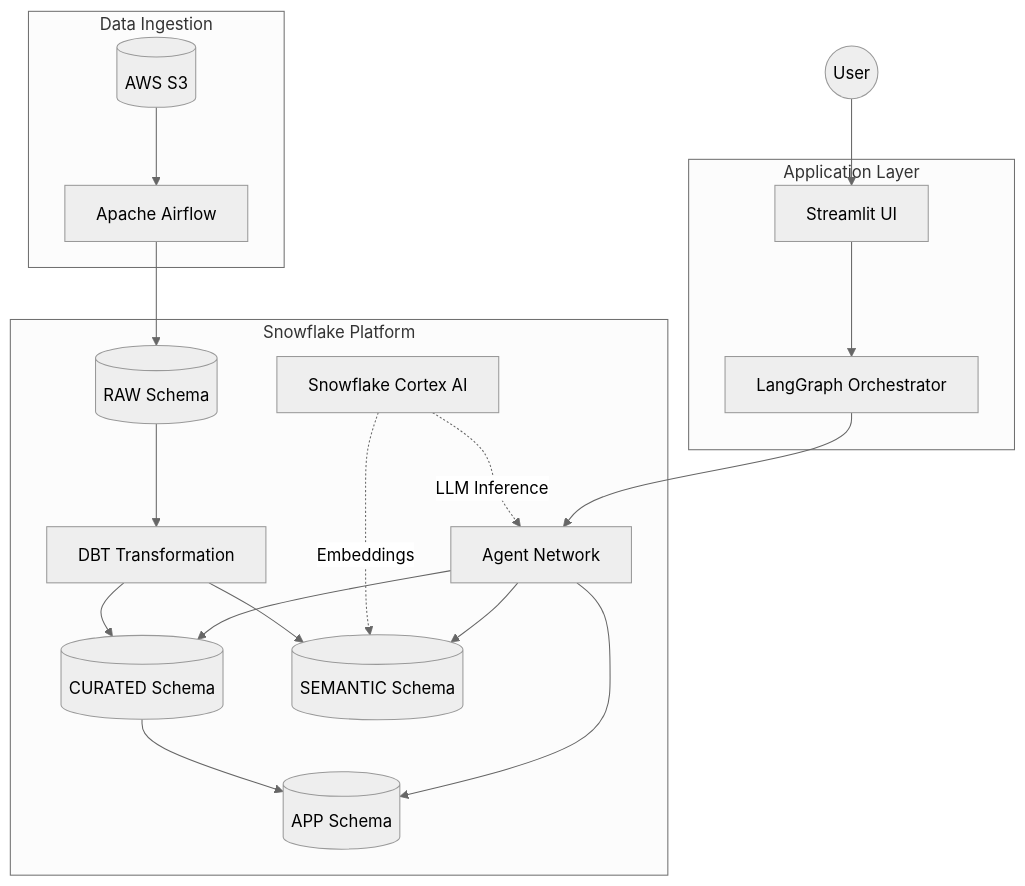
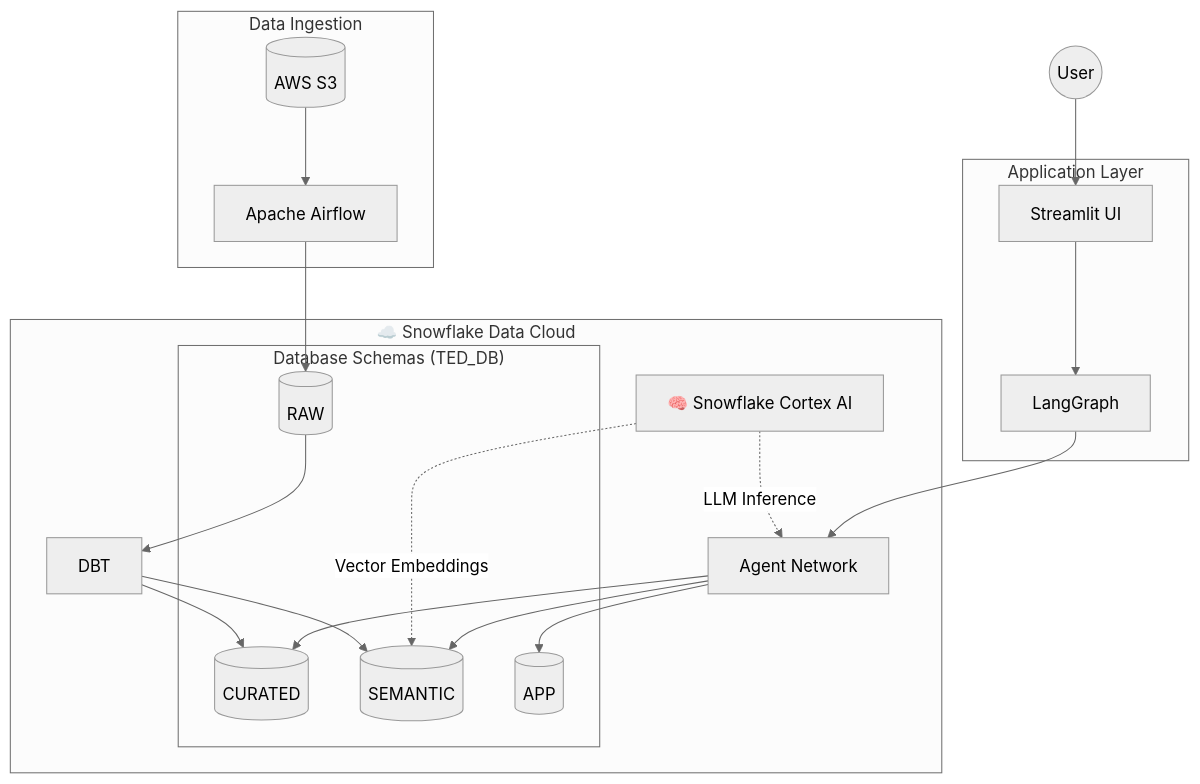
Before and after one commit to mihir-rahate/TED_Agent_AI: the first of 6 diagrams in README.md, drawn with Mermaid (neutral theme). The commit also changed other lines of this file, not shown here.

````diff
--- a/README.md
+++ b/README.md
@@ -63,28 +63,34 @@
 ```mermaid
 graph TD
     subgraph "Data Ingestion"
         S3[(AWS S3)] --> Airflow[Apache Airflow]
     end
     
-    subgraph "Snowflake Platform"
-        Airflow --> RAW[(RAW Schema)]
-        RAW --> DBT[DBT Transformation]
-        DBT --> CURATED[(CURATED Schema)]
-        DBT --> SEMANTIC[(SEMANTIC Schema)]
-        CURATED --> APP[(APP Schema)]
+    subgraph SNOWFLAKE["☁️ Snowflake Data Cloud"]
+        subgraph SCHEMAS["Database Schemas (TED_DB)"]
+            RAW[(RAW)]
+            CURATED[(CURATED)]
+            SEMANTIC[(SEMANTIC)]
+            APP[(APP)]
+        end
         
-        CORTEX[Snowflake Cortex AI]
-        CORTEX -.->|Embeddings| SEMANTIC
+        CORTEX[🧠 Snowflake Cortex AI]
+        
+        Airflow --> RAW
+        RAW --> DBT[DBT]
+        DBT --> CURATED
+        DBT --> SEMANTIC
+        CORTEX -.->|Vector Embeddings| SEMANTIC
         CORTEX -.->|LLM Inference| Agents
     end
     
     subgraph "Application Layer"
-        UI[Streamlit UI] --> LG[LangGraph Orchestrator]
+        UI[Streamlit UI] --> LG[LangGraph]
         LG --> Agents[Agent Network]
         Agents --> CURATED
         Agents --> SEMANTIC
         Agents --> APP
     end
     
     User((User)) --> UI
 ```
````
